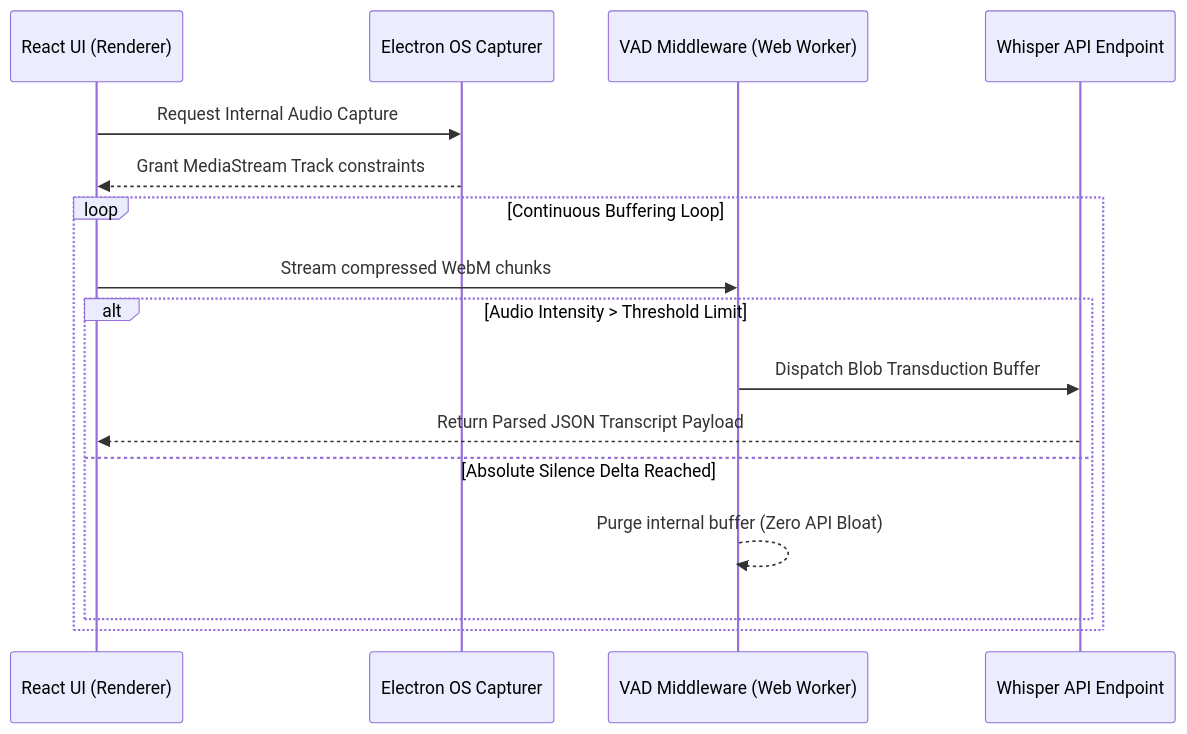
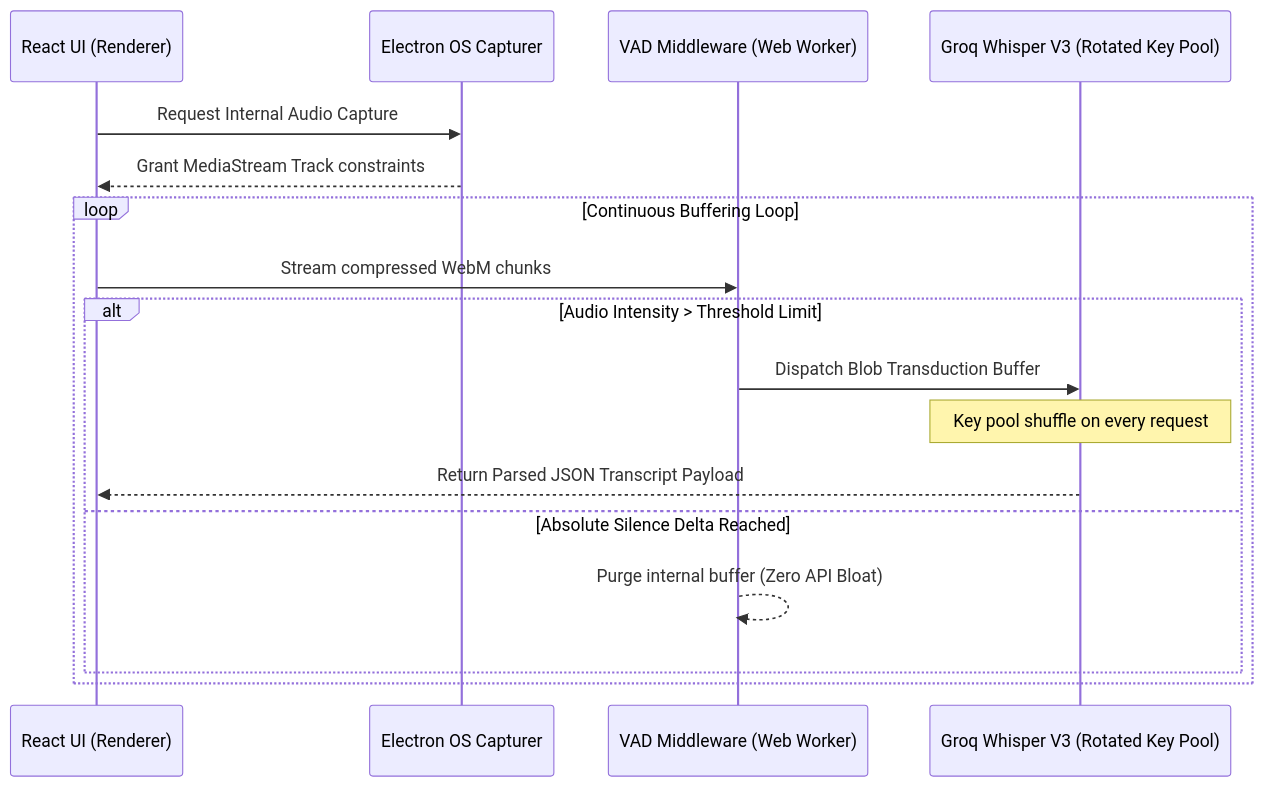
Before and after one commit to ziademad02153/ZEDX-AI-Assistant: the fourth of 8 diagrams in README.md, drawn with Mermaid. The commit also changed other lines of this file, not shown here.

Commit message:
docs: Comprehensive README update with TTS routing, load balancing, and audio pipeline architecture

````diff
--- a/README.md
+++ b/README.md
@@ -100,19 +202,20 @@
 ```mermaid
 sequenceDiagram
     participant UI as React UI (Renderer)
     participant OSE as Electron OS Capturer
     participant VAD as VAD Middleware (Web Worker)
-    participant STT as Whisper API Endpoint
+    participant STT as Groq Whisper V3 (Rotated Key Pool)
     
     UI->>OSE: Request Internal Audio Capture
     OSE-->>UI: Grant MediaStream Track constraints
     loop Continuous Buffering Loop
         UI->>VAD: Stream compressed WebM chunks
         alt Audio Intensity > Threshold Limit
             VAD->>STT: Dispatch Blob Transduction Buffer
+            Note over STT: Key pool shuffle on every request
             STT-->>UI: Return Parsed JSON Transcript Payload
         else Absolute Silence Delta Reached
             VAD-->>VAD: Purge internal buffer (Zero API Bloat)
         end
     end
 ```
````
